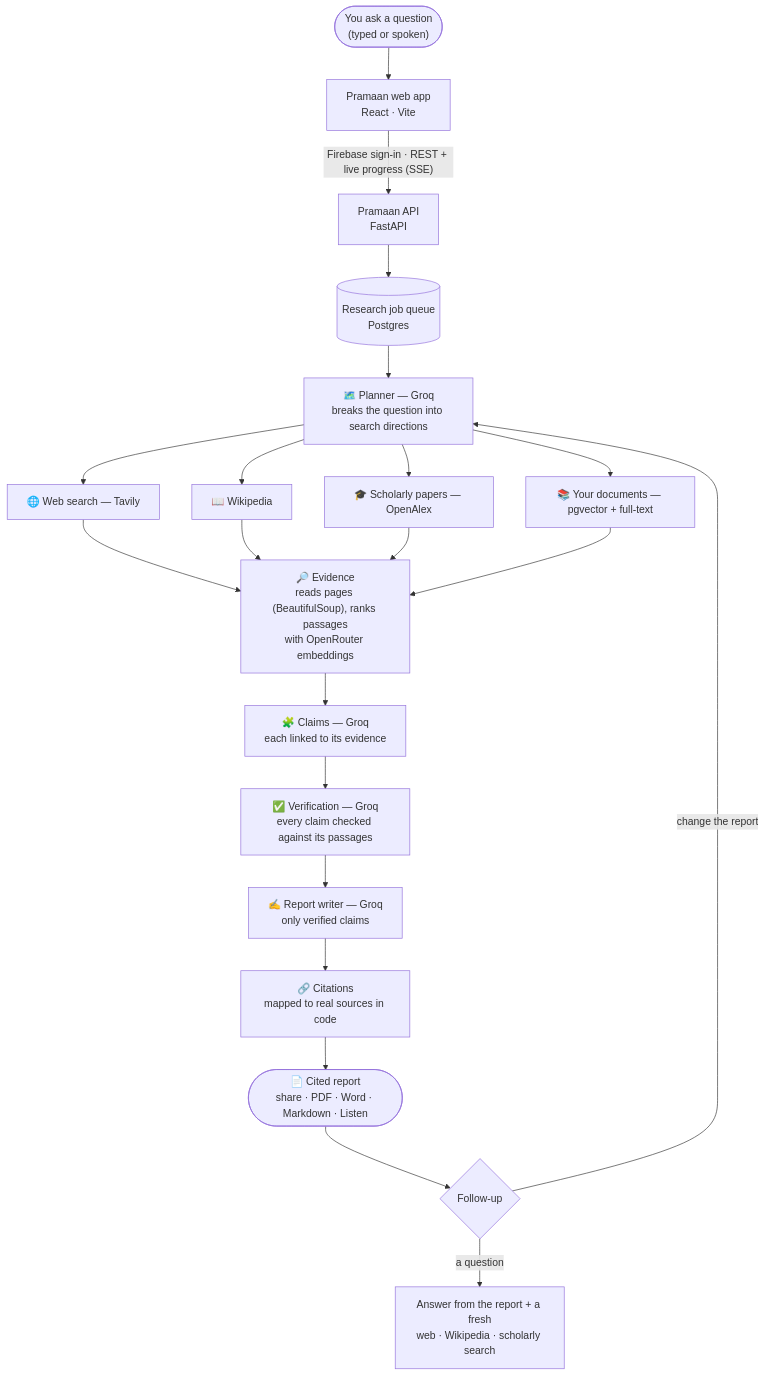
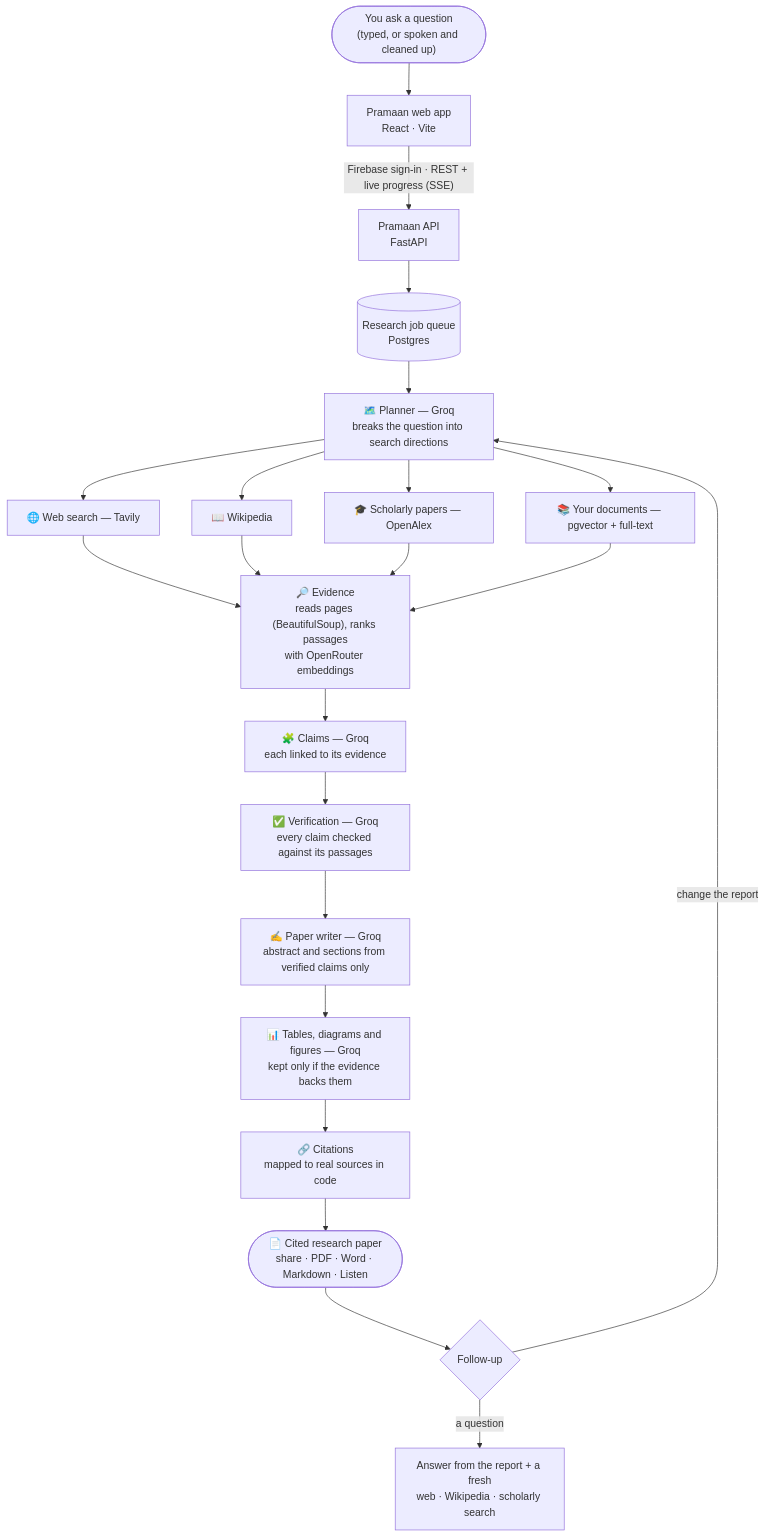
The diagram in README.md (Nakshatra480/Pramaan-AI), drawn with Mermaid before and after one commit. The commit also changed other lines of this file and 51 other files, not shown here.

Commit message:
feat: research-paper reports with validated tables, diagrams and figures; cleaned-up voice dictation

````diff
--- a/README.md
+++ b/README.md
@@ -19,26 +20,27 @@
 ```mermaid
 flowchart TD
-    U(["You ask a question<br/>(typed or spoken)"]) --> APP["Pramaan web app<br/>React · Vite"]
+    U(["You ask a question<br/>(typed, or spoken and cleaned up)"]) --> APP["Pramaan web app<br/>React · Vite"]
     APP -->|"Firebase sign-in · REST + live progress (SSE)"| API["Pramaan API<br/>FastAPI"]
     API --> Q[("Research job queue<br/>Postgres")]
     Q --> PLAN["🗺️ Planner — Groq<br/>breaks the question into search directions"]
 
     PLAN --> WEB["🌐 Web search — Tavily"]
     PLAN --> WIKI["📖 Wikipedia"]
     PLAN --> ACA["🎓 Scholarly papers — OpenAlex"]
     PLAN --> LIB["📚 Your documents — pgvector + full-text"]
 
     WEB --> EV
     WIKI --> EV
     ACA --> EV
     LIB --> EV
     EV["🔎 Evidence<br/>reads pages (BeautifulSoup), ranks passages<br/>with OpenRouter embeddings"] --> CL["🧩 Claims — Groq<br/>each linked to its evidence"]
     CL --> VE["✅ Verification — Groq<br/>every claim checked against its passages"]
-    VE --> SY["✍️ Report writer — Groq<br/>only verified claims"]
-    SY --> CI["🔗 Citations<br/>mapped to real sources in code"]
-    CI --> R(["📄 Cited report<br/>share · PDF · Word · Markdown · Listen"])
+    VE --> SY["✍️ Paper writer — Groq<br/>abstract and sections from verified claims only"]
+    SY --> VI["📊 Tables, diagrams and figures — Groq<br/>kept only if the evidence backs them"]
+    VI --> CI["🔗 Citations<br/>mapped to real sources in code"]
+    CI --> R(["📄 Cited research paper<br/>share · PDF · Word · Markdown · Listen"])
 
     R --> F{"Follow-up"}
     F -->|"a question"| ANS["Answer from the report + a fresh<br/>web · Wikipedia · scholarly search"]
     F -->|"change the report"| PLAN
 ```
````
